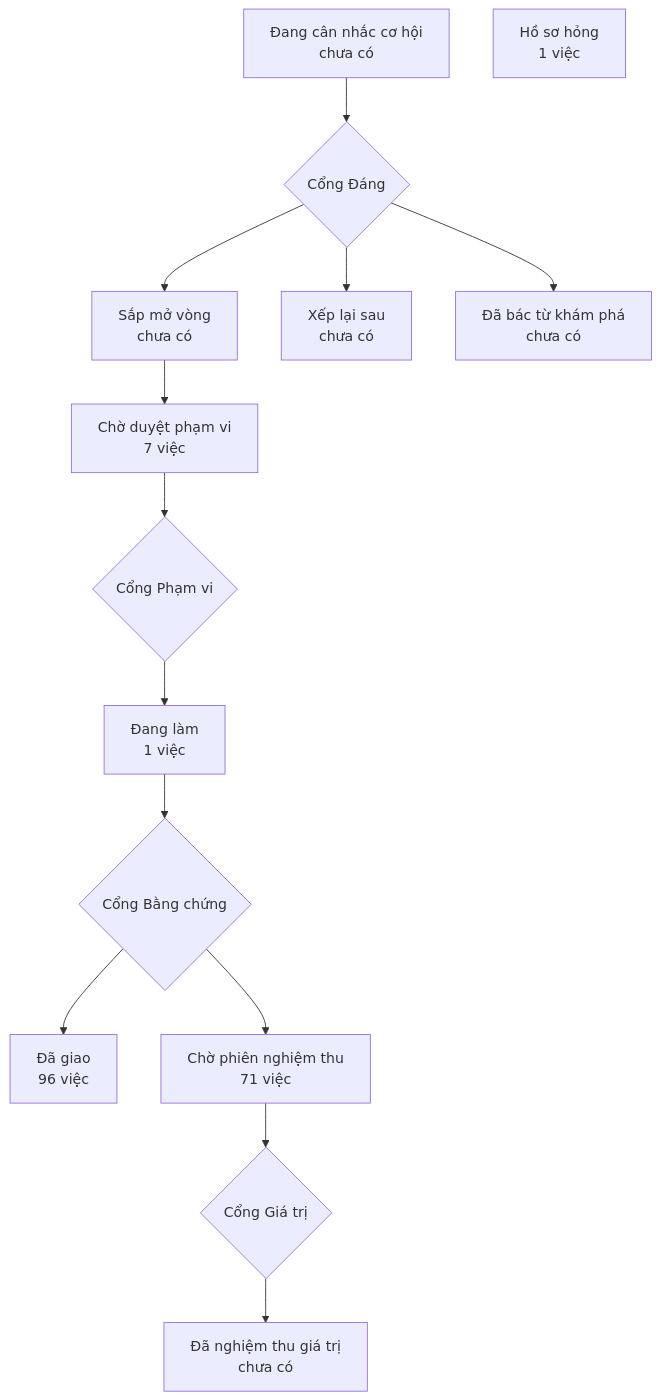
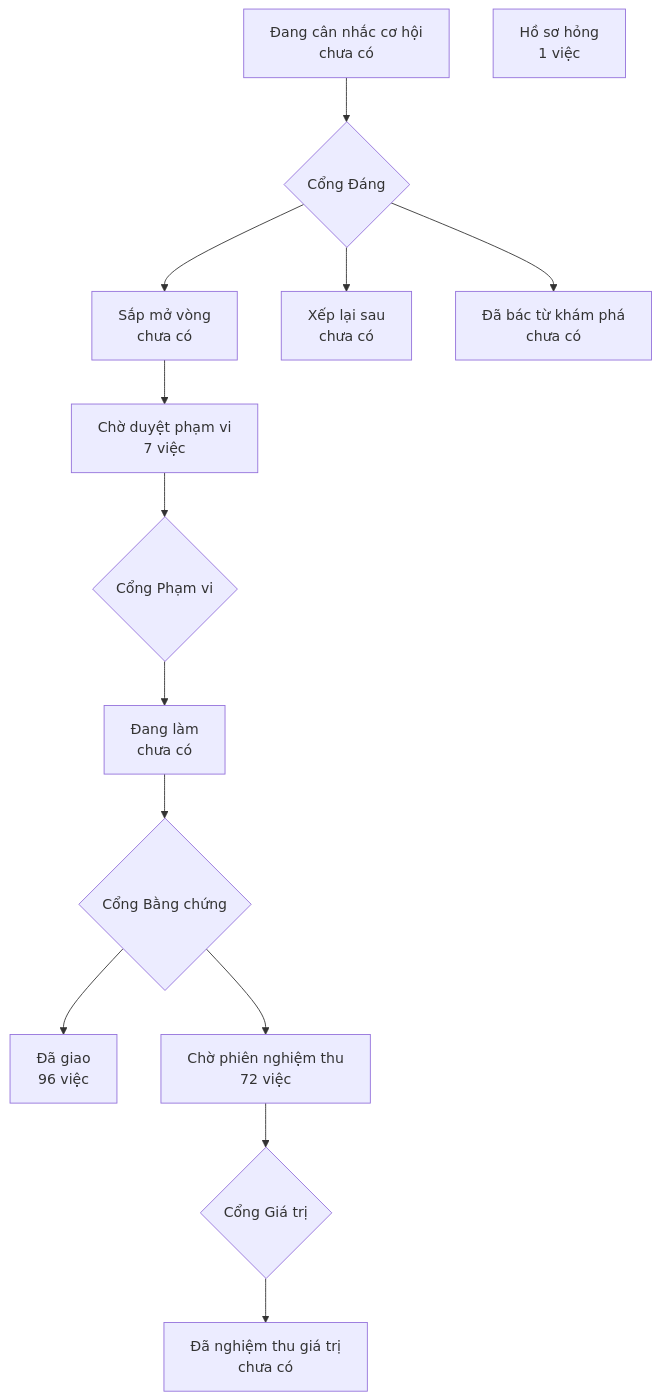
The diagram in PRODUCT-MAP.md (phanlemanh/onehub-invest), drawn with Mermaid before and after one commit. The commit also changed other lines of this file and 4 other files, not shown here.

````diff
--- a/PRODUCT-MAP.md
+++ b/PRODUCT-MAP.md
@@ -7,13 +7,13 @@
 ```mermaid
 flowchart TD
   A["Đang cân nhắc cơ hội<br/>chưa có"] --> GD{"Cổng Đáng"}
   GD --> B["Sắp mở vòng<br/>chưa có"]
   GD --> XL["Xếp lại sau<br/>chưa có"]
   GD --> DB["Đã bác từ khám phá<br/>chưa có"]
   B --> CD["Chờ duyệt phạm vi<br/>7 việc"] --> GP{"Cổng Phạm vi"}
-  GP --> DL["Đang làm<br/>1 việc"] --> GB{"Cổng Bằng chứng"}
+  GP --> DL["Đang làm<br/>chưa có"] --> GB{"Cổng Bằng chứng"}
   GB --> DG["Đã giao<br/>96 việc"]
-  GB --> CN["Chờ phiên nghiệm thu<br/>71 việc"] --> GG{"Cổng Giá trị"}
+  GB --> CN["Chờ phiên nghiệm thu<br/>72 việc"] --> GG{"Cổng Giá trị"}
   GG --> NT["Đã nghiệm thu giá trị<br/>chưa có"]
   HS["Hồ sơ hỏng<br/>1 việc"]
 ```
````
